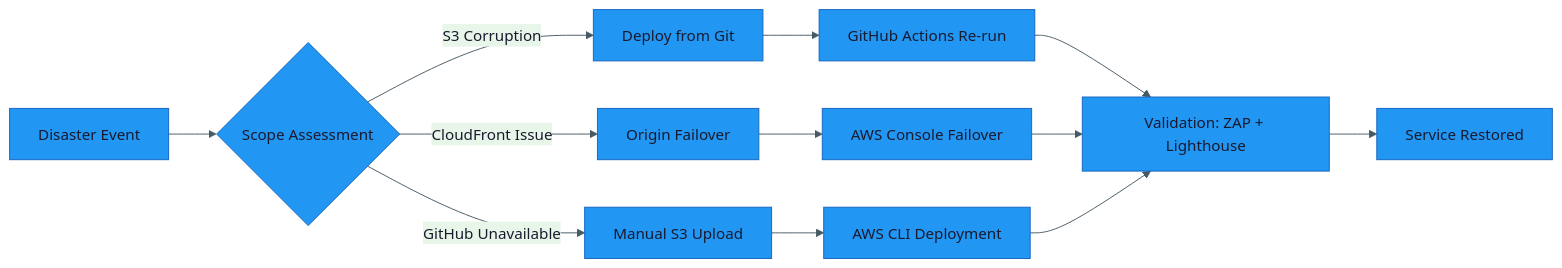
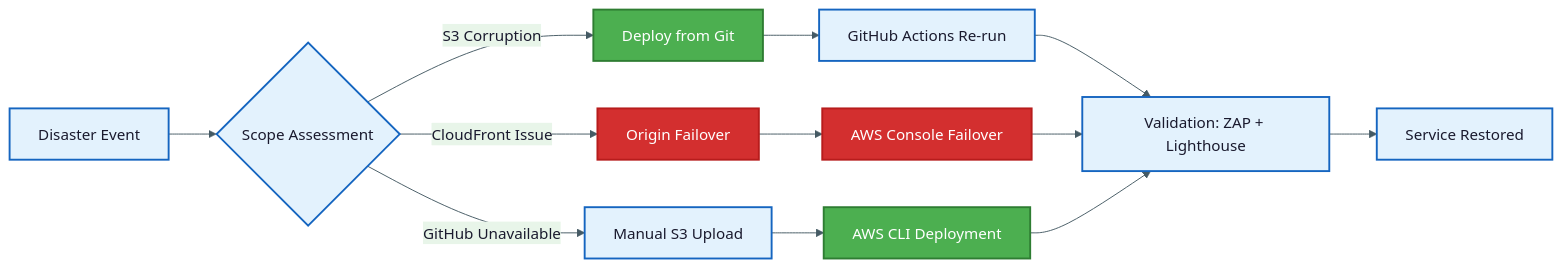
One commit to Hack23/homepage changed the third of 7 diagrams in SECURITY_ARCHITECTURE.md. Above: the diagram before and after it, drawn with Mermaid. The commit also changed 19 other files, not shown here.

First line of the commit message:
Add style-guide-compliant classDef styling to 44 unstyled flowcharts

````diff
--- a/SECURITY_ARCHITECTURE.md
+++ b/SECURITY_ARCHITECTURE.md
@@ -476,18 +476,29 @@
 ```mermaid
 %%{init: {"theme": "base", "themeVariables": {"primaryColor": "#2196F3", "primaryTextColor": "#1a1a2e", "lineColor": "#455A64", "secondaryColor": "#e8f5e9", "tertiaryColor": "#fff8e1", "primaryBorderColor": "#1565C0"}}}%%
 flowchart LR
     A[Disaster Event] --> B{Scope Assessment}
     B --> |S3 Corruption| C[Deploy from Git]
     B --> |CloudFront Issue| D[Origin Failover]
     B --> |GitHub Unavailable| E[Manual S3 Upload]
     
     C --> F[GitHub Actions Re-run]
     D --> G[AWS Console Failover]
     E --> H[AWS CLI Deployment]
     
     F --> I[Validation: ZAP + Lighthouse]
     G --> I
     H --> I
     
     I --> J[Service Restored]
+
+    classDef default fill:#e3f2fd,stroke:#1565C0,stroke-width:2px,color:#1a1a2e
+    classDef primary fill:#2196F3,stroke:#1565C0,stroke-width:2px,color:#ffffff
+    classDef success fill:#4CAF50,stroke:#2E7D32,stroke-width:2px,color:#ffffff
+    classDef warning fill:#FF9800,stroke:#F57C00,stroke-width:2px,color:#ffffff
+    classDef danger fill:#D32F2F,stroke:#B71C1C,stroke-width:2px,color:#ffffff
+    classDef info fill:#455A64,stroke:#263238,stroke-width:2px,color:#ffffff
+    class C success
+    class D danger
+    class G danger
+    class H success
 ```
````
